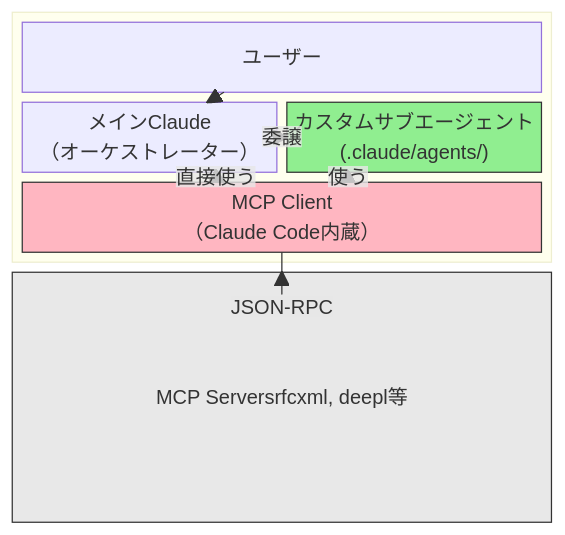
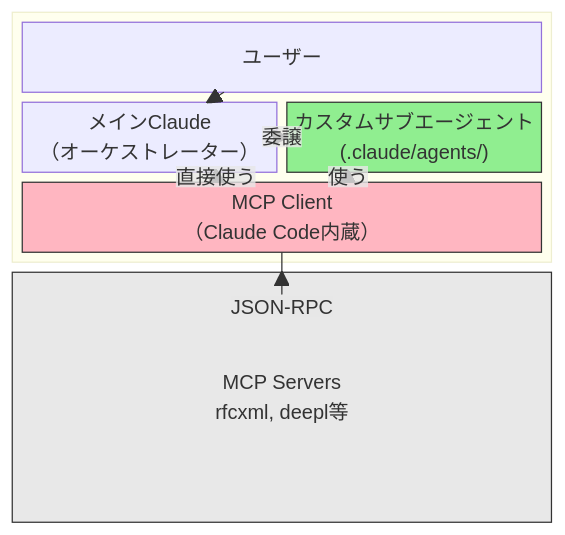
Before and after one commit to shuji-bonji/ai-agent-architecture: the first of 2 diagrams in docs/ja/agents/what-is-subagent.md, drawn with Mermaid. The commit also changed other lines of this file and 8 other files, not shown here.

````diff
--- a/docs/ja/agents/what-is-subagent.md
+++ b/docs/ja/agents/what-is-subagent.md
@@ -65,23 +65,23 @@
 ```mermaid
 block-beta
     columns 2
 
     block:CLAUDE_CODE:2
         columns 2
         USER["ユーザー"]:2
         MAIN["メインClaude\n（オーケストレーター）"]:1 SUBAGENT["カスタムサブエージェント\n(.claude/agents/)"]:1
         MCP_CLIENT["MCP Client\n（Claude Code内蔵）"]:2
     end
 
-    MCP_SERVERS["MCP Servers<bn>rfcxml, deepl等"]:2
+    MCP_SERVERS["MCP Servers<br>rfcxml, deepl等"]:2
 
     USER --> MAIN
     MAIN --"委譲"--> SUBAGENT
     SUBAGENT --"使う"--> MCP_CLIENT
     MAIN --"直接使う"--> MCP_CLIENT
     MCP_CLIENT --"JSON-RPC"--> MCP_SERVERS
 
     style MCP_CLIENT fill:#FFB6C1,color:#333,stroke:#333
     style SUBAGENT fill:#90EE90,color:#333,stroke:#333
     style MCP_SERVERS fill:#E8E8E8,color:#333,stroke:#333
 ```
````
